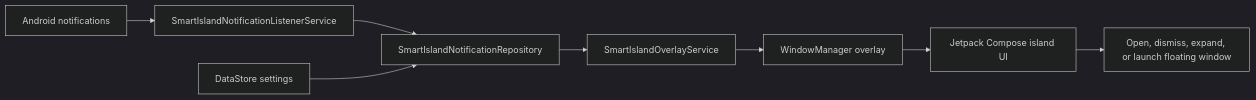
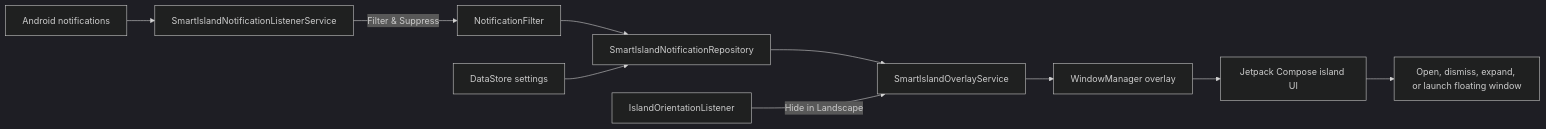
The diagram in README.md (agupta07505/SmartIsland), drawn with Mermaid (dark theme) before and after one commit. The commit also changed other lines of this file and 20 other files, not shown here.

First line of the commit message:
Release Smart Island v3.2

````diff
--- a/README.md
+++ b/README.md
@@ -83,10 +87,12 @@
 ```mermaid
 flowchart LR
     A[Android notifications] --> B[SmartIslandNotificationListenerService]
-    B --> Repo[SmartIslandNotificationRepository]
+    B -->|Filter & Suppress| C[NotificationFilter]
+    C --> Repo[SmartIslandNotificationRepository]
     E[DataStore settings] --> Repo
     Repo --> D[SmartIslandOverlayService]
+    Sensor[IslandOrientationListener] -->|Hide in Landscape| D
     D --> F[WindowManager overlay]
     F --> G[Jetpack Compose island UI]
     G --> H[Open, dismiss, expand, or launch floating window]
 ```
````
